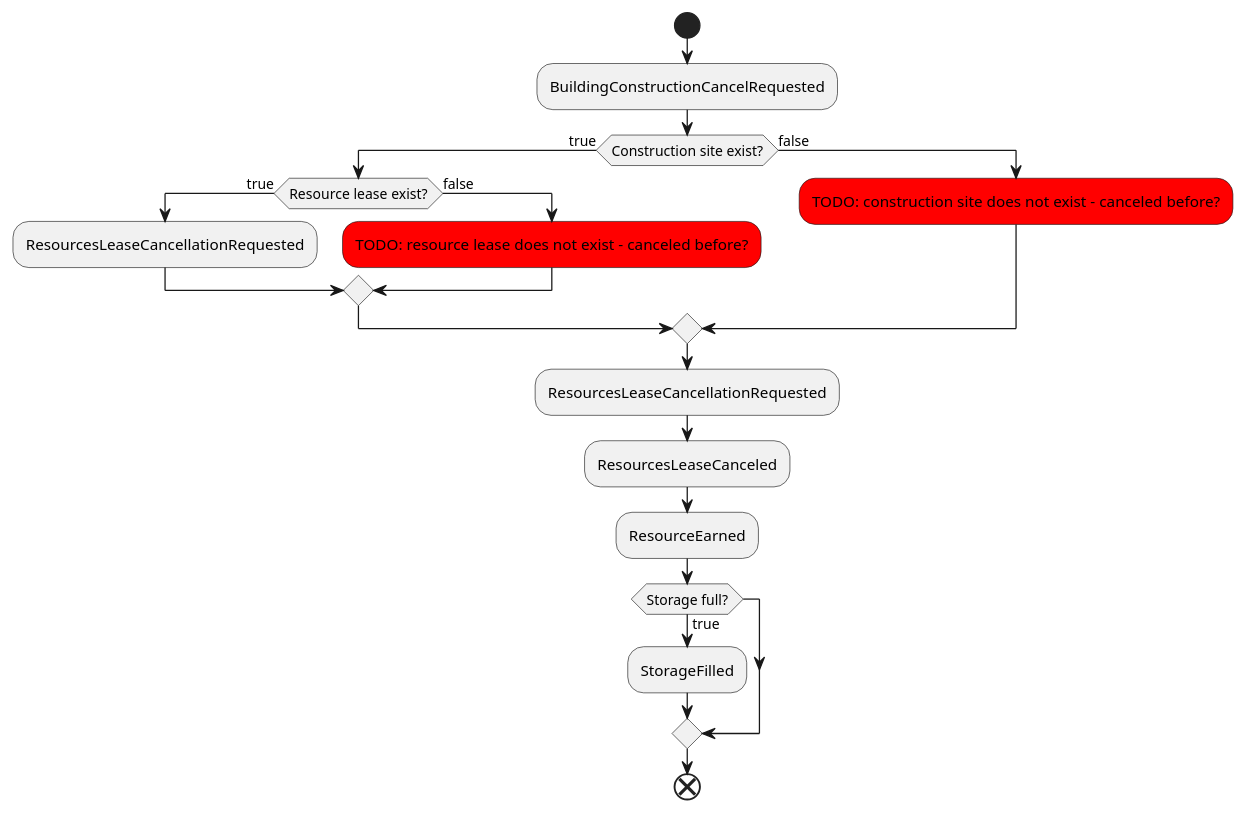
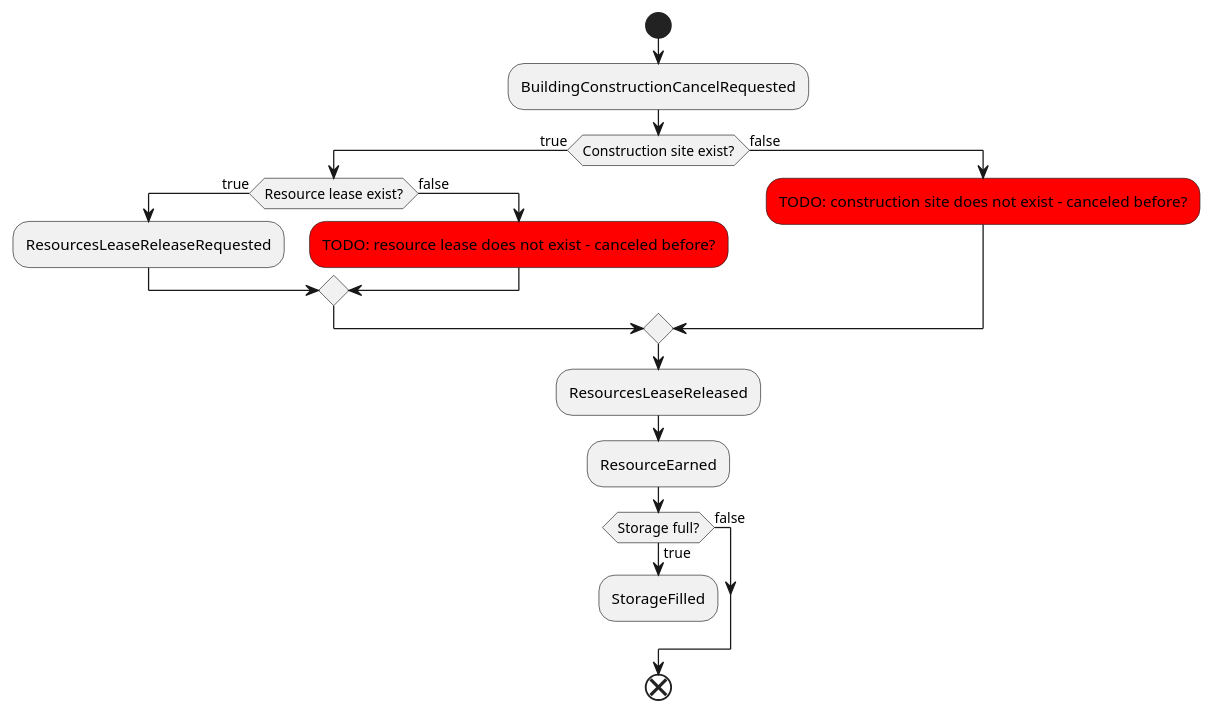
One commit to tomekbielaszewski/ogame-clone changed the diagram in docs/building-construction-cancellation-flow.puml. Above: the diagram before and after it, drawn with PlantUML.

Commit message:
building cancellation graph - updated event names and flow

```diff
--- a/docs/building-construction-cancellation-flow.puml
+++ b/docs/building-construction-cancellation-flow.puml
@@ -1,27 +1,28 @@
 @startuml
 
 start
 
 :BuildingConstructionCancelRequested;
 
 if (Construction site exist?) then (true)
     if (Resource lease exist?) then (true)
-        :ResourcesLeaseCancellationRequested;
+        :ResourcesLeaseReleaseRequested;
     else (false)
         #red:TODO: resource lease does not exist - canceled before?;
     endif
 else (false)
     #red:TODO: construction site does not exist - canceled before?;
 endif
 
-:ResourcesLeaseCancellationRequested;
-:ResourcesLeaseCanceled;
+:ResourcesLeaseReleased;
 :ResourceEarned;
 
 if (Storage full?) then (true)
     :StorageFilled;
+else (false)
 endif
+detach
 
 end
 
 @enduml
```
